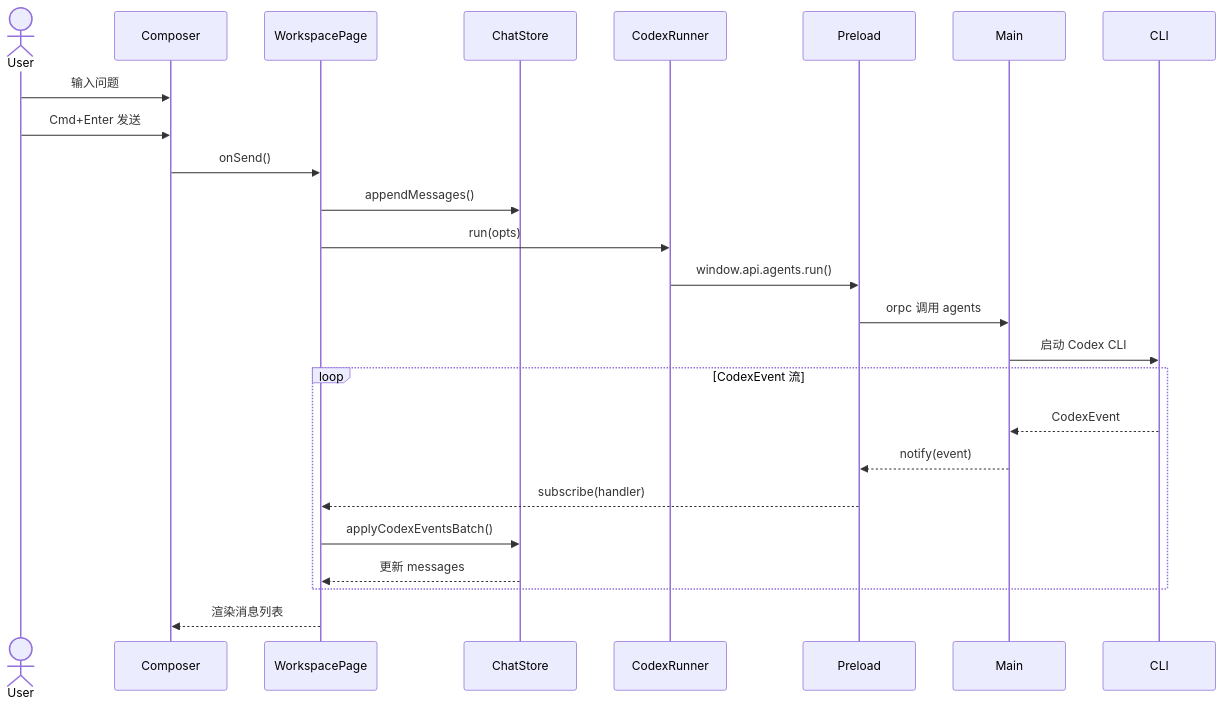
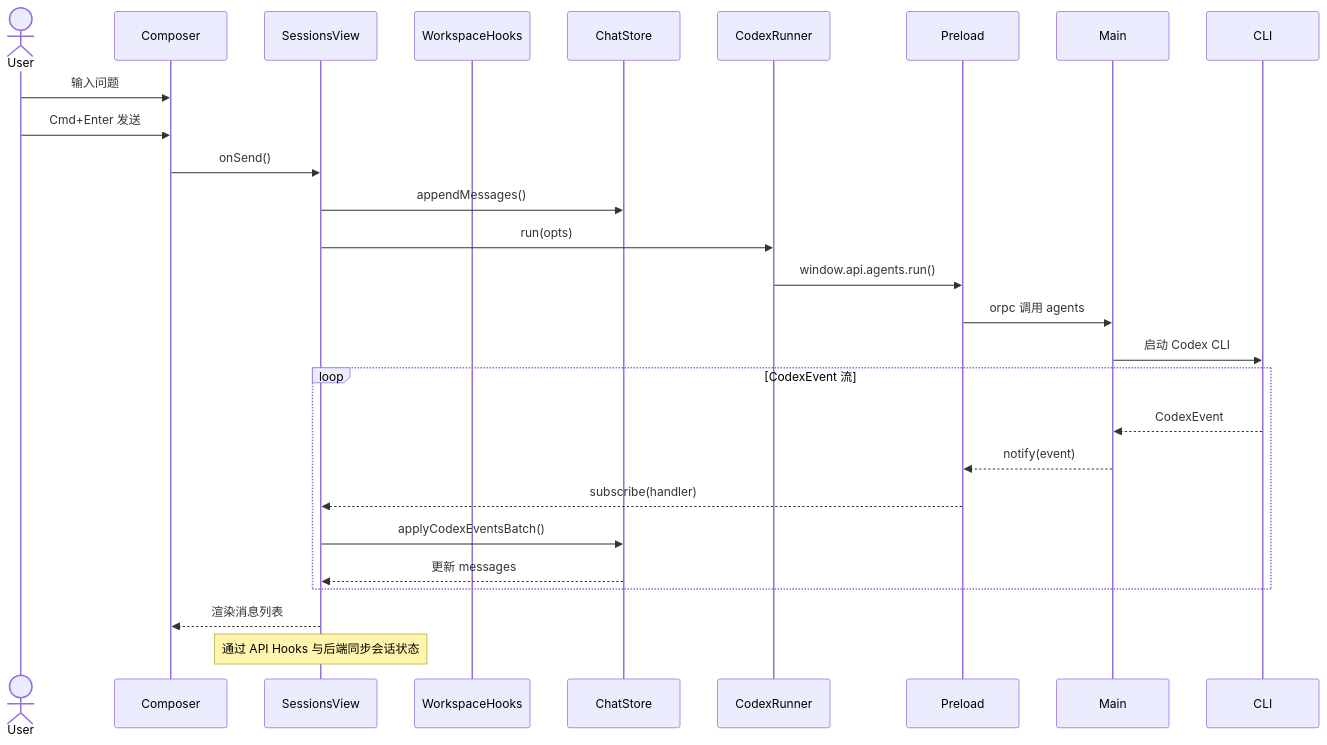
The second of 2 diagrams in docs/design/architecture.md (hylarucoder/rantcode), drawn with Mermaid before and after one commit. The commit also changed other lines of this file and 52 other files, not shown here.

````diff
--- a/docs/design/architecture.md
+++ b/docs/design/architecture.md
@@ -106,30 +125,32 @@
 ```mermaid
 sequenceDiagram
   actor User
   participant Composer
-  participant WorkspacePage
+  participant SessionsView
+  participant WorkspaceHooks
   participant ChatStore
   participant CodexRunner
   participant Preload
   participant Main
   participant CLI
 
   User->>Composer: 输入问题
   User->>Composer: Cmd+Enter 发送
-  Composer->>WorkspacePage: onSend()
-  WorkspacePage->>ChatStore: appendMessages()
-  WorkspacePage->>CodexRunner: run(opts)
+  Composer->>SessionsView: onSend()
+  SessionsView->>ChatStore: appendMessages()
+  SessionsView->>CodexRunner: run(opts)
   CodexRunner->>Preload: window.api.agents.run()
   Preload->>Main: orpc 调用 agents
   Main->>CLI: 启动 Codex CLI
 
   loop CodexEvent 流
     CLI-->>Main: CodexEvent
     Main-->>Preload: notify(event)
-    Preload-->>WorkspacePage: subscribe(handler)
-    WorkspacePage->>ChatStore: applyCodexEventsBatch()
-    ChatStore-->>WorkspacePage: 更新 messages
+    Preload-->>SessionsView: subscribe(handler)
+    SessionsView->>ChatStore: applyCodexEventsBatch()
+    ChatStore-->>SessionsView: 更新 messages
   end
 
-  WorkspacePage-->>Composer: 渲染消息列表
+  SessionsView-->>Composer: 渲染消息列表
+  Note over SessionsView: 通过 API Hooks 与后端同步会话状态
 ```
````
